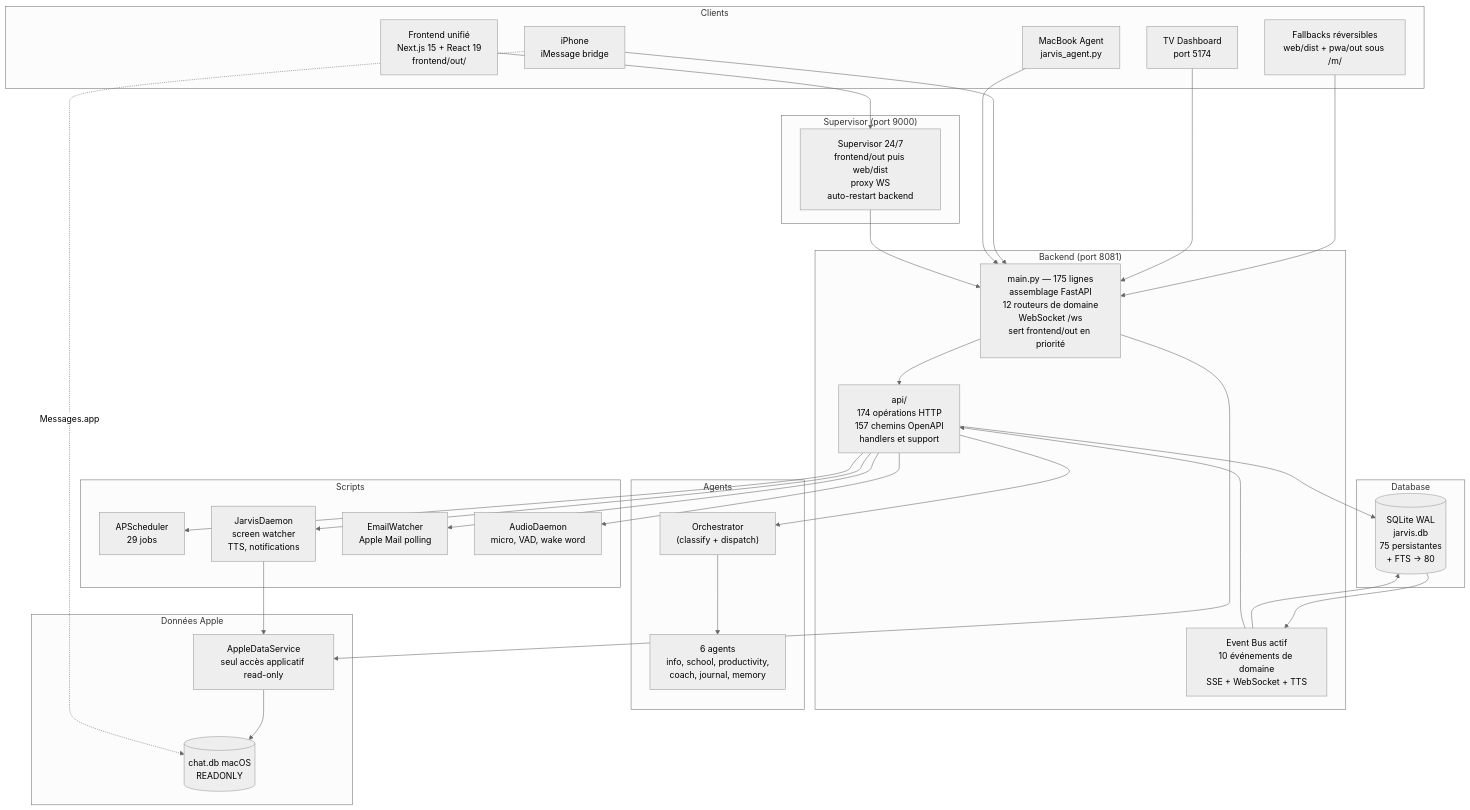
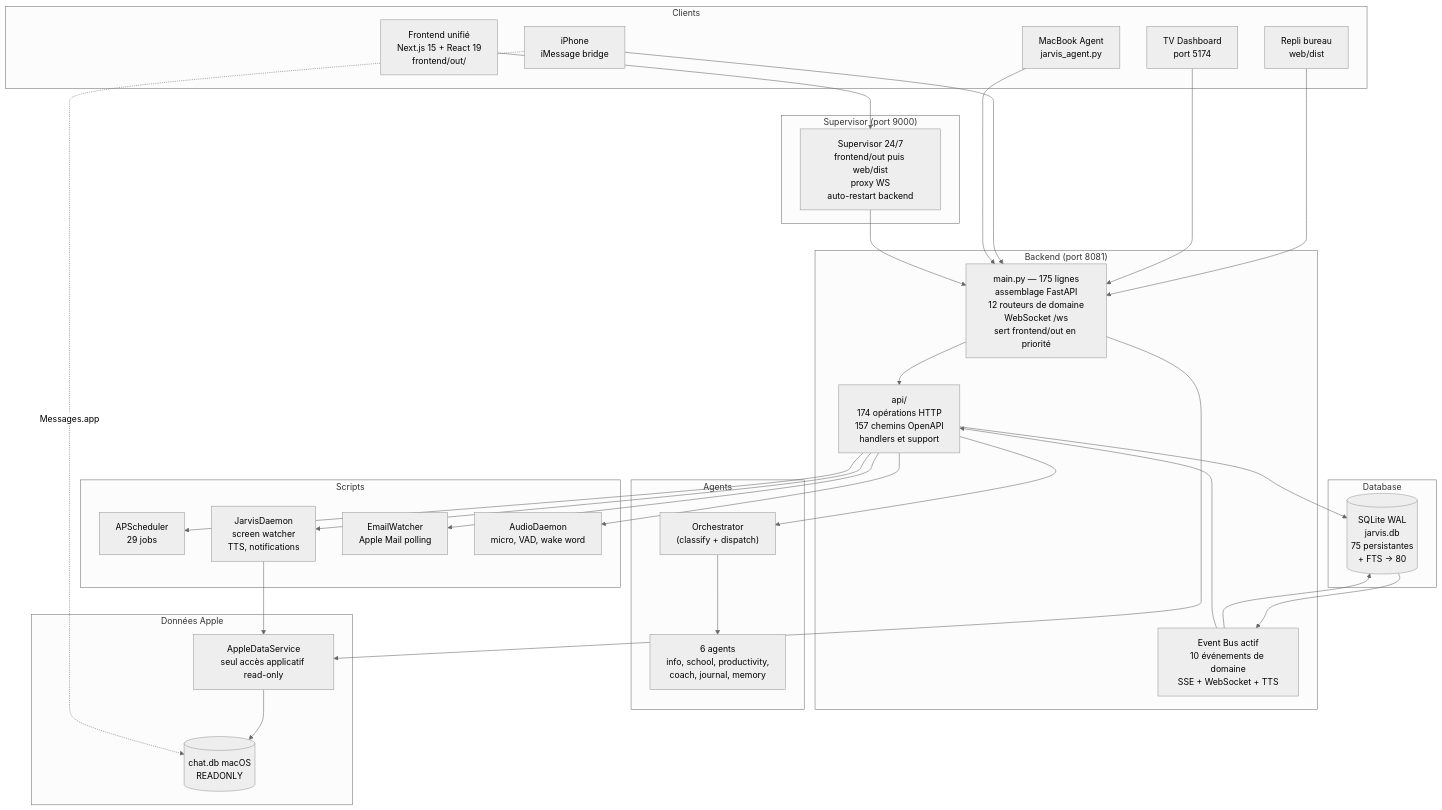
Before and after one commit to AVTAVANTTOUT2/JarvisAPI: the first of 2 diagrams in Architecture/INDEX.md, drawn with Mermaid (neutral theme). The commit also changed 6 other files, not shown here.

````diff
--- a/Architecture/INDEX.md
+++ b/Architecture/INDEX.md
@@ -108,63 +108,63 @@
 ```mermaid
 graph TB
     subgraph "Clients"
         FRONT["Frontend unifié<br/>Next.js 15 + React 19<br/>frontend/out/"]
-        LEGACY["Fallbacks réversibles<br/>web/dist + pwa/out sous /m/"]
+        LEGACY["Repli bureau<br/>web/dist"]
         TV["TV Dashboard<br/>port 5174"]
         IMESSAGE["iPhone<br/>iMessage bridge"]
         AGENT["MacBook Agent<br/>jarvis_agent.py"]
     end
 
     subgraph "Supervisor (port 9000)"
         SUP["Supervisor 24/7<br/>frontend/out puis web/dist<br/>proxy WS<br/>auto-restart backend"]
     end
 
     subgraph "Backend (port 8081)"
         MAIN["main.py — 175 lignes<br/>assemblage FastAPI<br/>12 routeurs de domaine<br/>WebSocket /ws<br/>sert frontend/out en priorité"]
         API["api/<br/>174 opérations HTTP<br/>157 chemins OpenAPI<br/>handlers et support"]
         BUS["Event Bus actif<br/>10 événements de domaine<br/>SSE + WebSocket + TTS"]
     end
 
     subgraph "Agents"
         ORCH["Orchestrator<br/>(classify + dispatch)"]
         AG["6 agents<br/>info, school, productivity,<br/>coach, journal, memory"]
     end
 
     subgraph "Database"
         DB[(SQLite WAL<br/>jarvis.db<br/>75 persistantes<br/>+ FTS → 80)]
     end
 
     subgraph "Données Apple"
         APPLE["AppleDataService<br/>seul accès applicatif read-only"]
         CHATDB[(chat.db macOS<br/>READONLY)]
     end
 
     subgraph "Scripts"
         SCHED["APScheduler<br/>29 jobs"]
         DAEMON["JarvisDaemon<br/>screen watcher<br/>TTS, notifications"]
         EMAILW["EmailWatcher<br/>Apple Mail polling"]
         AUDIOD["AudioDaemon<br/>micro, VAD, wake word"]
     end
 
     FRONT --> SUP
     LEGACY --> MAIN
     TV --> MAIN
     IMESSAGE --> MAIN
     AGENT --> MAIN
     SUP --> MAIN
     MAIN --> API
     API --> ORCH
     ORCH --> AG
     API --> DB
     DB --> BUS
     BUS --> DB
     BUS --> API
     API --> SCHED
     API --> DAEMON
     API --> EMAILW
     API --> AUDIOD
     MAIN --> APPLE
     DAEMON --> APPLE
     APPLE --> CHATDB
     IMESSAGE -. "Messages.app" .-> CHATDB
 ```
````
